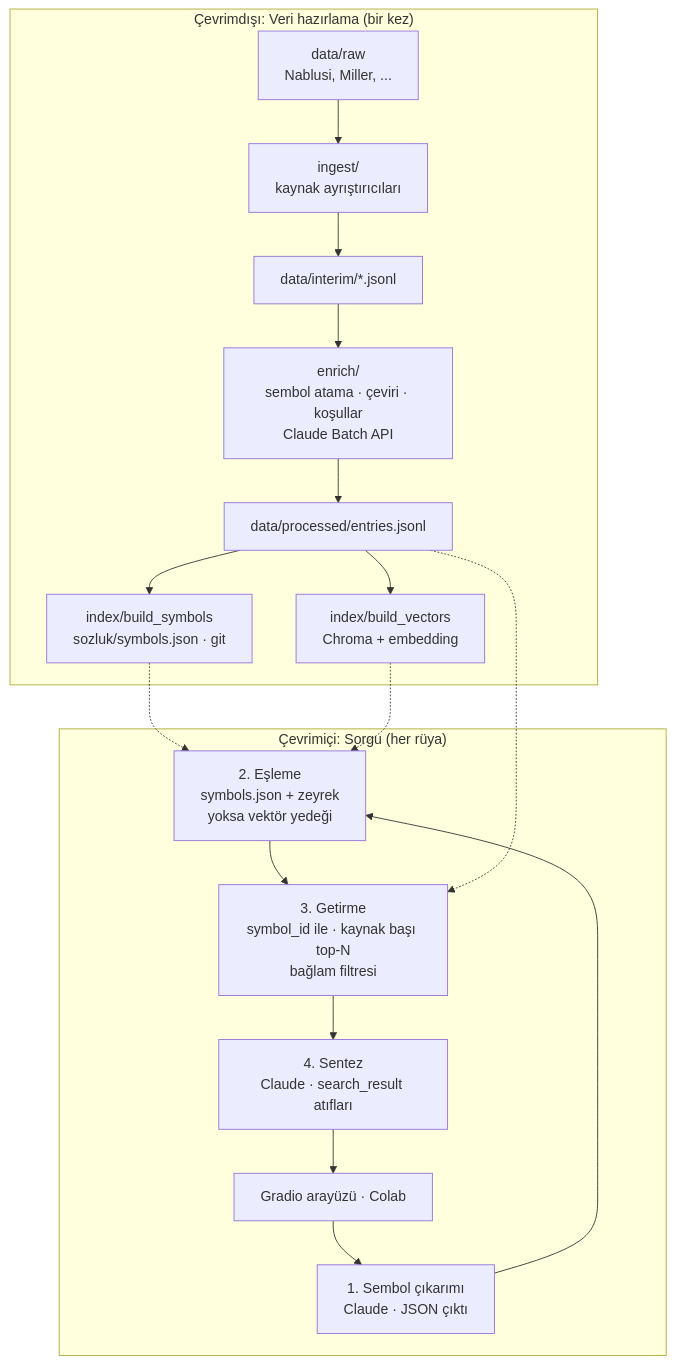
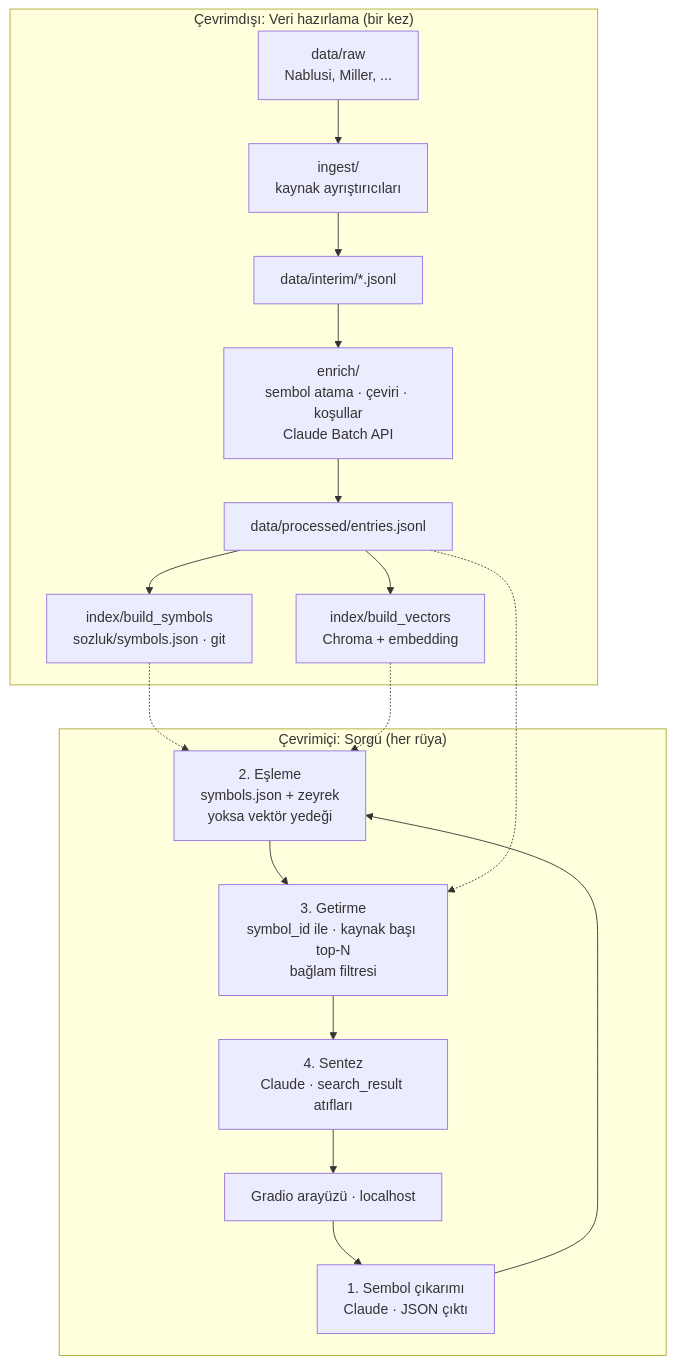
One commit to OgzhnTarhn/ruya-tabirnamesi changed the diagram in docs/03-mimari.md. Above: the diagram before and after it, drawn with Mermaid. The commit also changed other lines of this file and 14 other files, not shown here.

````diff
--- a/docs/03-mimari.md
+++ b/docs/03-mimari.md
@@ -19,23 +19,23 @@
 ```mermaid
 flowchart TB
     subgraph CEVRIMDISI["Çevrimdışı: Veri hazırlama (bir kez)"]
         RAW[data/raw<br/>Nablusi, Miller, ...] --> ING[ingest/<br/>kaynak ayrıştırıcıları]
         ING --> INT[data/interim/*.jsonl]
         INT --> ENR[enrich/<br/>sembol atama · çeviri · koşullar<br/>Claude Batch API]
         ENR --> ENT[data/processed/entries.jsonl]
         ENT --> SYM[index/build_symbols<br/>sozluk/symbols.json · git]
         ENT --> VEC[index/build_vectors<br/>Chroma + embedding]
     end
 
     subgraph CEVRIMICI["Çevrimiçi: Sorgu (her rüya)"]
-        UI[Gradio arayüzü · Colab] --> P1[1. Sembol çıkarımı<br/>Claude · JSON çıktı]
+        UI[Gradio arayüzü · localhost] --> P1[1. Sembol çıkarımı<br/>Claude · JSON çıktı]
         P1 --> P2[2. Eşleme<br/>symbols.json + zeyrek<br/>yoksa vektör yedeği]
         P2 --> P3[3. Getirme<br/>symbol_id ile · kaynak başı top-N<br/>bağlam filtresi]
         P3 --> P4[4. Sentez<br/>Claude · search_result atıfları]
         P4 --> UI
     end
 
     SYM -.-> P2
     VEC -.-> P2
     ENT -.-> P3
 ```
````
